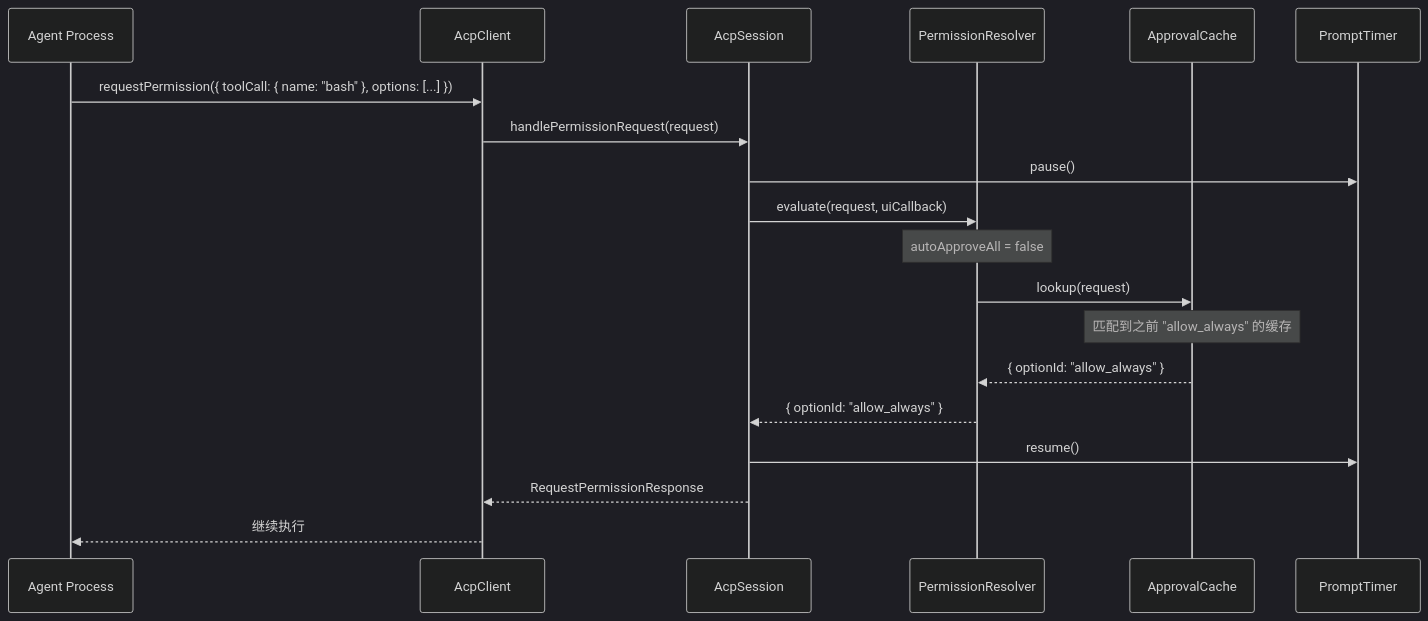
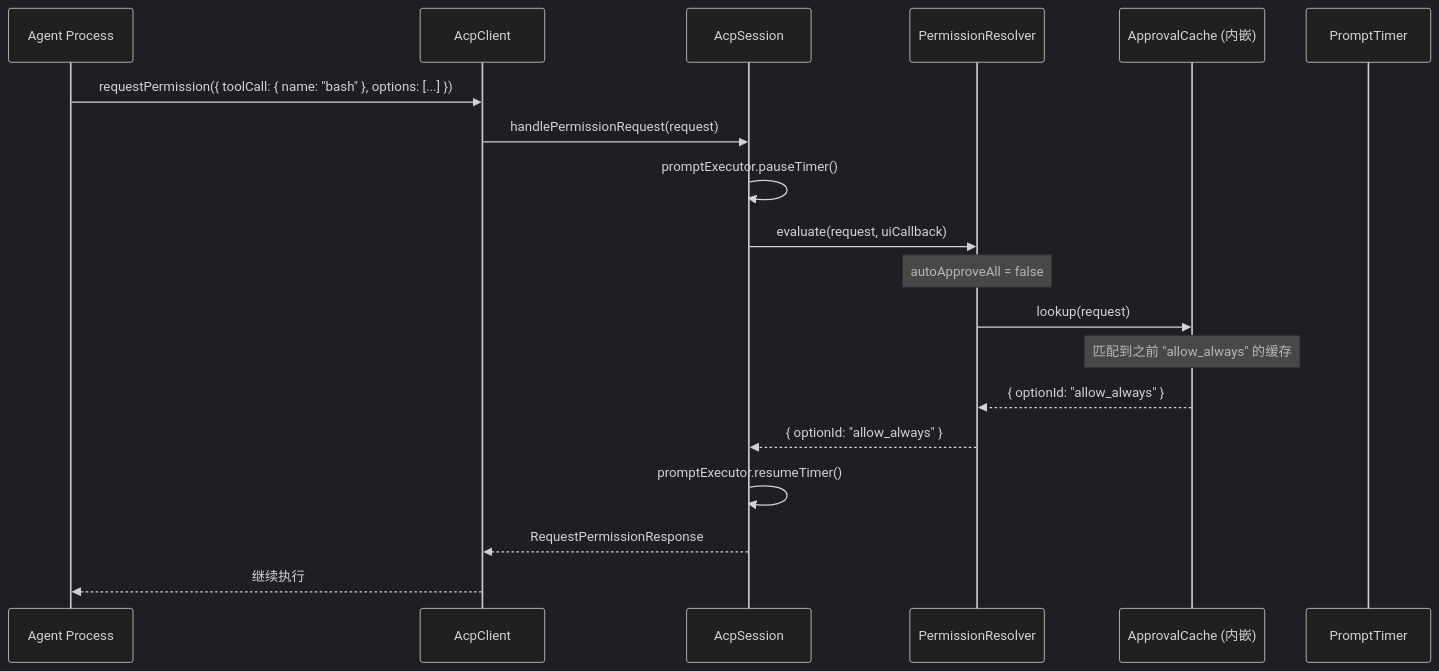
One commit to iOfficeAI/AionUi changed the fourth of 12 diagrams in docs/feature/acp-rewrite/06-scenario-walkthrough.md. Above: the diagram before and after it, drawn with Mermaid (dark theme). The commit also changed other lines of this file and 5 other files, not shown here.

First line of the commit message:
docs(acp): align acp-rewrite docs with SessionLifecycle/PromptExecutor refactor

````diff
--- a/docs/feature/acp-rewrite/06-scenario-walkthrough.md
+++ b/docs/feature/acp-rewrite/06-scenario-walkthrough.md
@@ -352,22 +353,22 @@
 ```mermaid
 sequenceDiagram
     participant A as Agent Process
     participant CL as AcpClient
     participant S as AcpSession
     participant PP as PermissionResolver
-    participant AC as ApprovalCache
+    participant AC as ApprovalCache (内嵌)
     participant PT as PromptTimer
 
     A->>CL: requestPermission({ toolCall: { name: "bash" }, options: [...] })
     CL->>S: handlePermissionRequest(request)
-    S->>PT: pause()
+    S->>S: promptExecutor.pauseTimer()
     S->>PP: evaluate(request, uiCallback)
     Note over PP: autoApproveAll = false
     PP->>AC: lookup(request)
     Note over AC: 匹配到之前 "allow_always" 的缓存
     AC-->>PP: { optionId: "allow_always" }
     PP-->>S: { optionId: "allow_always" }
-    S->>PT: resume()
+    S->>S: promptExecutor.resumeTimer()
     S-->>CL: RequestPermissionResponse
     CL-->>A: 继续执行
 ```
````
